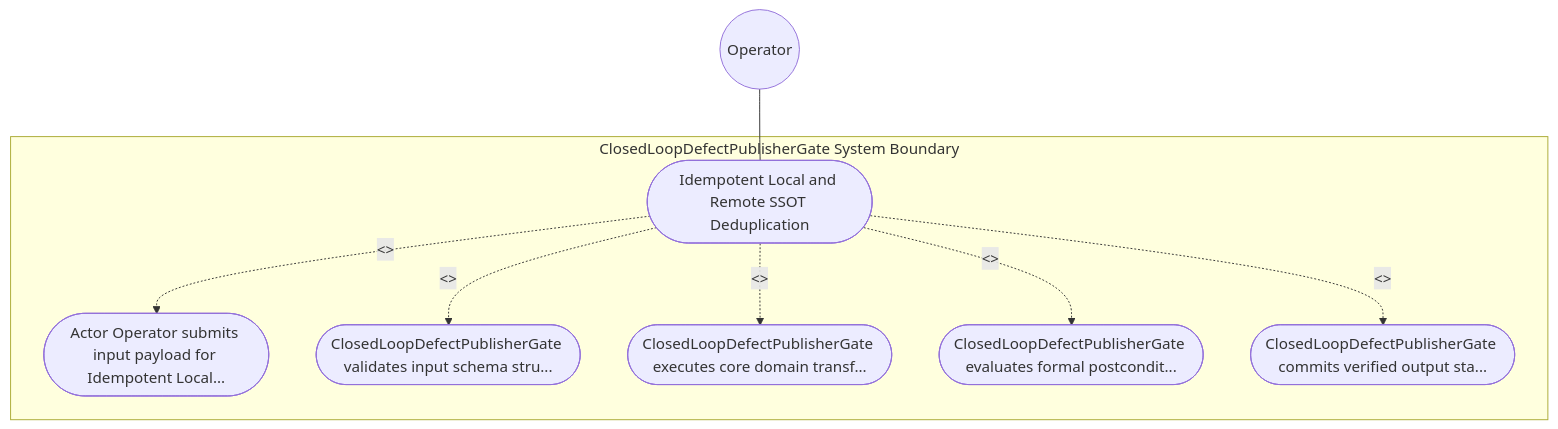
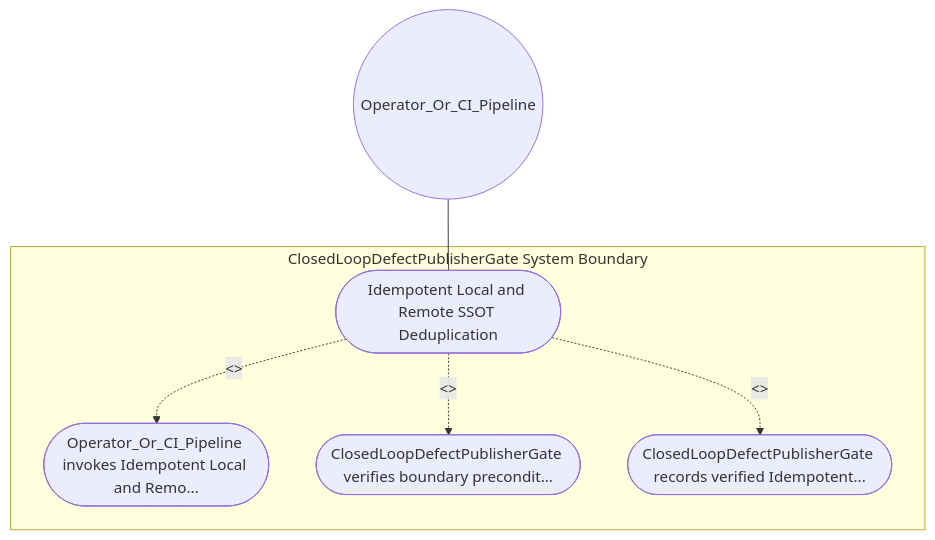
One commit to gintatkinson/DEAP01-spec-core changed the diagram in .pipeline/upstream/docs/use-cases/UC-28-Idempotent_Local_and_Remote_SSOT_Deduplication.md. Above: the diagram before and after it, drawn with Mermaid. The commit also changed other lines of this file and 213 other files, not shown here.

````diff
--- a/.pipeline/upstream/docs/use-cases/UC-28-Idempotent_Local_and_Remote_SSOT_Deduplication.md
+++ b/.pipeline/upstream/docs/use-cases/UC-28-Idempotent_Local_and_Remote_SSOT_Deduplication.md
@@ -16,17 +16,13 @@
 ```mermaid
 graph TD
     subgraph "ClosedLoopDefectPublisherGate System Boundary"
         UC_Main(["Idempotent Local and Remote SSOT Deduplication"])
-        UC_Step01(["Actor Operator submits input payload for Idempotent Local..."])
-        UC_Step02(["ClosedLoopDefectPublisherGate validates input schema stru..."])
-        UC_Step03(["ClosedLoopDefectPublisherGate executes core domain transf..."])
-        UC_Step04(["ClosedLoopDefectPublisherGate evaluates formal postcondit..."])
-        UC_Step05(["ClosedLoopDefectPublisherGate commits verified output sta..."])
+        UC_Step01(["Operator_Or_CI_Pipeline invokes Idempotent Local and Remo..."])
+        UC_Step02(["ClosedLoopDefectPublisherGate verifies boundary precondit..."])
+        UC_Step03(["ClosedLoopDefectPublisherGate records verified Idempotent..."])
     end
-    Operator(("Operator")) --- UC_Main
+    Operator_Or_CI_Pipeline(("Operator_Or_CI_Pipeline")) --- UC_Main
     UC_Main -. "<<include>>" .-> UC_Step01
     UC_Main -. "<<include>>" .-> UC_Step02
     UC_Main -. "<<include>>" .-> UC_Step03
-    UC_Main -. "<<include>>" .-> UC_Step04
-    UC_Main -. "<<include>>" .-> UC_Step05
 ```
````
